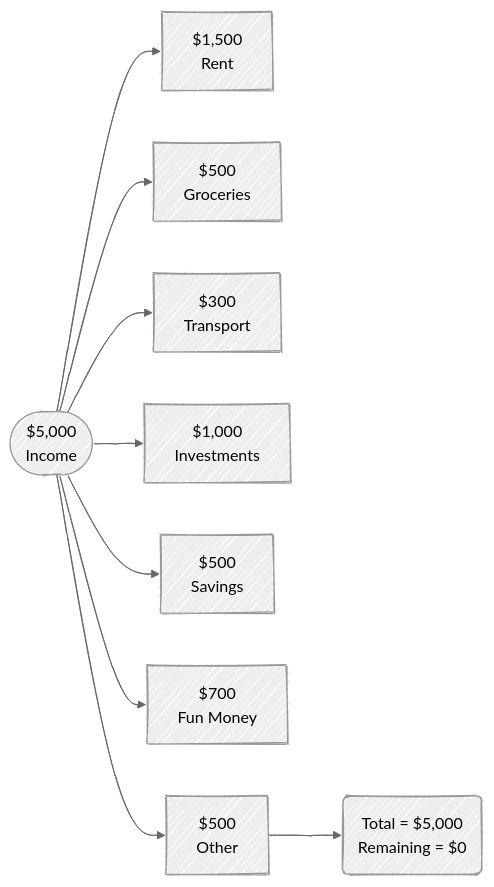
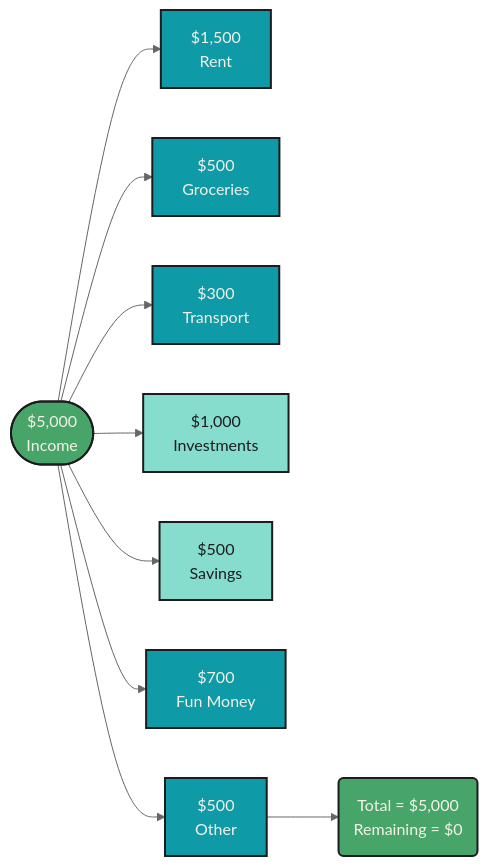
One commit to mjfrigaard/fm-finance changed the third of 6 diagrams in budgeting.qmd. Above: the diagram before and after it, drawn with Mermaid. The commit also changed other lines of this file and 5 other files, not shown here.

Commit message:
updates to mermaid

````diff
--- a/budgeting.qmd
+++ b/budgeting.qmd
@@ -124,15 +147,25 @@
 ```{mermaid}
 %%| fig-cap: 'Zero-Based Budgeting'
 %%| fig-align: center
-%%{init: {'theme': 'neutral', 'look': 'handDrawn', 'themeVariables': { 'fontFamily': 'monospace', "fontSize":"16px"}}}%%
+%%{init: {'theme': 'neutral', 'themeVariables': { 'fontFamily': 'monospace', "fontSize":"16px"}}}%%
 
 flowchart LR
     Income(["$5,000<br>Income"]) --> Rent2["$1,500<br>Rent"]
     Income --> Food[$500<br>Groceries]
     Income --> Transport[$300<br>Transport]
     Income --> Invest[$1,000<br>Investments]
     Income --> Save[$500<br>Savings]
     Income --> Fun[$700<br>Fun Money]
     Income --> Misc[$500<br>Other]
     Misc --> Zero("Total = $5,000<br>Remaining = $0")
+    style Income fill:#48a56a,color:#F5F2E8,stroke:#1C1C1E,stroke-width:2px
+    style Rent2 fill:#0e9aa7,color:#F5F2E8,stroke:#1C1C1E,stroke-width:2px
+    style Food fill:#0e9aa7,color:#F5F2E8,stroke:#1C1C1E,stroke-width:2px
+    style Transport fill:#0e9aa7,color:#F5F2E8,stroke:#1C1C1E,stroke-width:2px
+    style Invest fill:#86ddcd,color:#1C1C1E,stroke:#1C1C1E,stroke-width:2px
+    style Save fill:#86ddcd,color:#1C1C1E,stroke:#1C1C1E,stroke-width:2px
+    style Fun fill:#0e9aa7,color:#F5F2E8,stroke:#1C1C1E,stroke-width:2px
+    style Misc fill:#0e9aa7,color:#F5F2E8,stroke:#1C1C1E,stroke-width:2px
+    style Zero fill:#48a56a,color:#F5F2E8,stroke:#1C1C1E,stroke-width:2px
+
 ```
````
